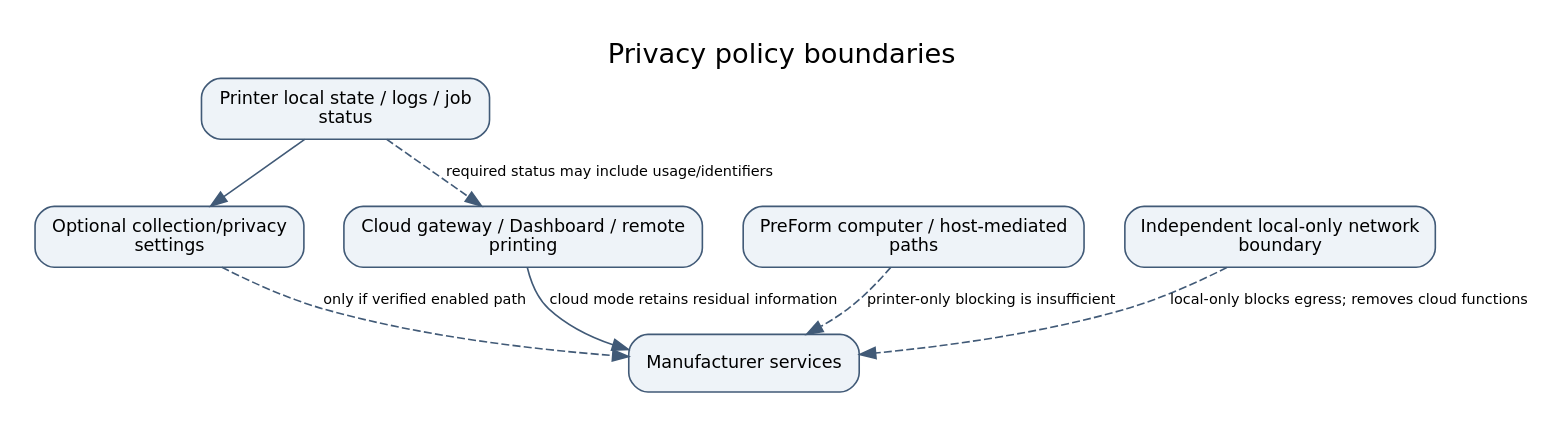
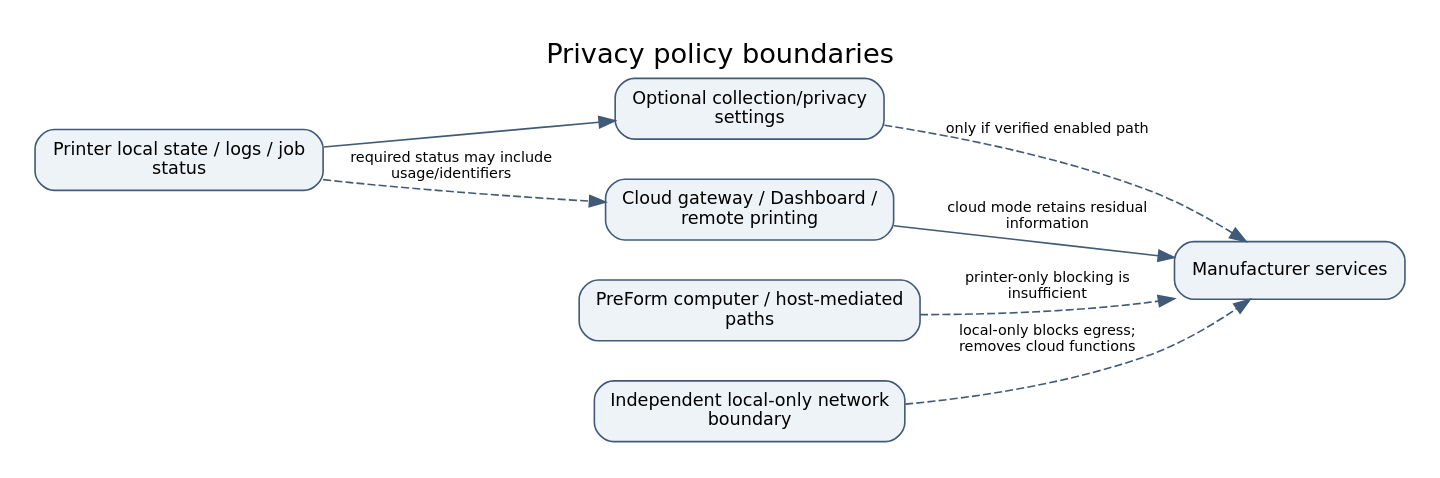
One commit to Zimbo88/form3-owner-root-source changed the diagram in docs/figures/12-privacy-cloud.dot. Above: the diagram before and after it, drawn with Graphviz. The commit also changed 69 other files, not shown here.

```diff
--- a/docs/figures/12-privacy-cloud.dot
+++ b/docs/figures/12-privacy-cloud.dot
@@ -1,17 +1,17 @@
 digraph G {
-graph [rankdir=TB,bgcolor="white",pad="0.2",nodesep="0.35",ranksep="0.45",label="Privacy policy boundaries",labelloc=t,fontname="DejaVu Sans",fontsize=17];
+graph [rankdir=LR,bgcolor="white",pad="0.2",nodesep="0.35",ranksep="0.45",label="Privacy policy boundaries",labelloc=t,fontname="DejaVu Sans",fontsize=17];
 node [shape=box,style="rounded,filled",fillcolor="#eef3f8",color="#415a77",fontname="DejaVu Sans",fontsize=11,margin="0.14,0.1"];
 edge [color="#415a77",fontname="DejaVu Sans",fontsize=9];
 printer [label="Printer local state / logs / job\nstatus"];
 optional [label="Optional collection/privacy\nsettings"];
-gateway [label="Cloud gateway / Dashboard / remote\nprinting"];
+gateway [label="Cloud gateway / Dashboard /\nremote printing"];
 cloud [label="Manufacturer services"];
 host [label="PreForm computer / host-mediated\npaths"];
 fence [label="Independent local-only network\nboundary"];
 printer -> optional [label=""];
-printer -> gateway [label="required status may include usage/identifiers",style=dashed];
+printer -> gateway [label="required status may include\nusage/identifiers",style=dashed];
 optional -> cloud [label="only if verified enabled path",style=dashed];
-gateway -> cloud [label="cloud mode retains residual information"];
-host -> cloud [label="printer-only blocking is insufficient",style=dashed];
-fence -> cloud [label="local-only blocks egress; removes cloud functions",style=dashed];
+gateway -> cloud [label="cloud mode retains residual\ninformation"];
+host -> cloud [label="printer-only blocking is\ninsufficient",style=dashed];
+fence -> cloud [label="local-only blocks egress;\nremoves cloud functions",style=dashed];
 }
```
